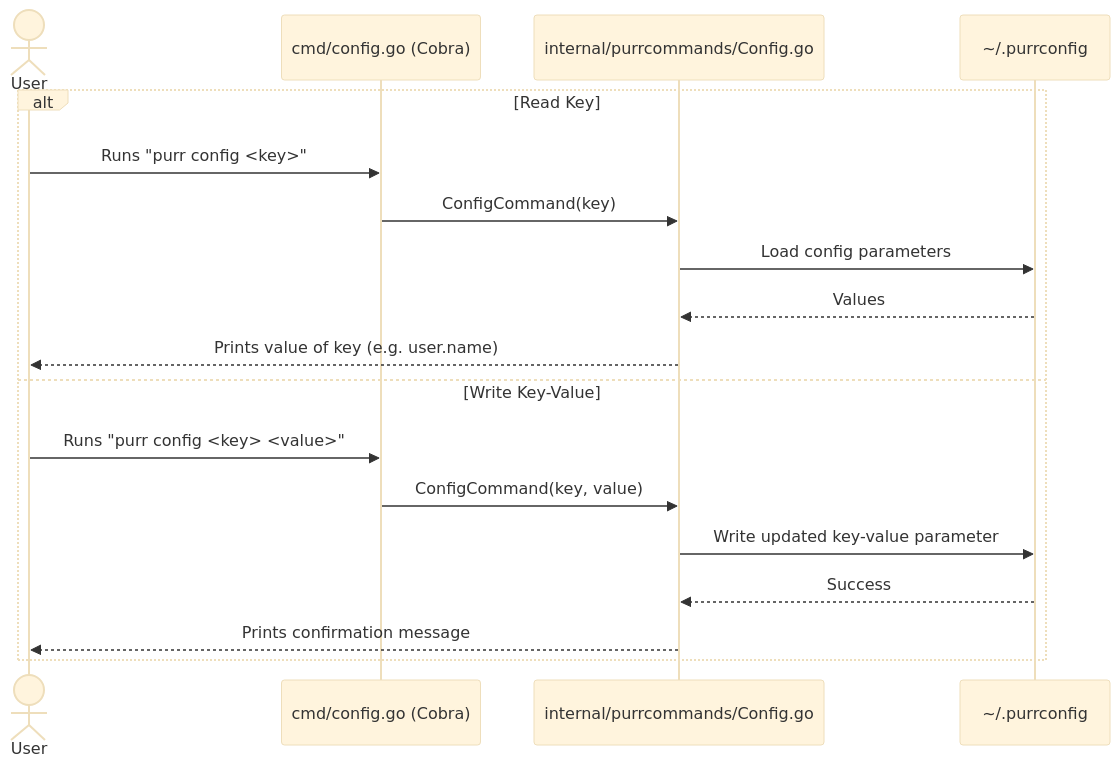
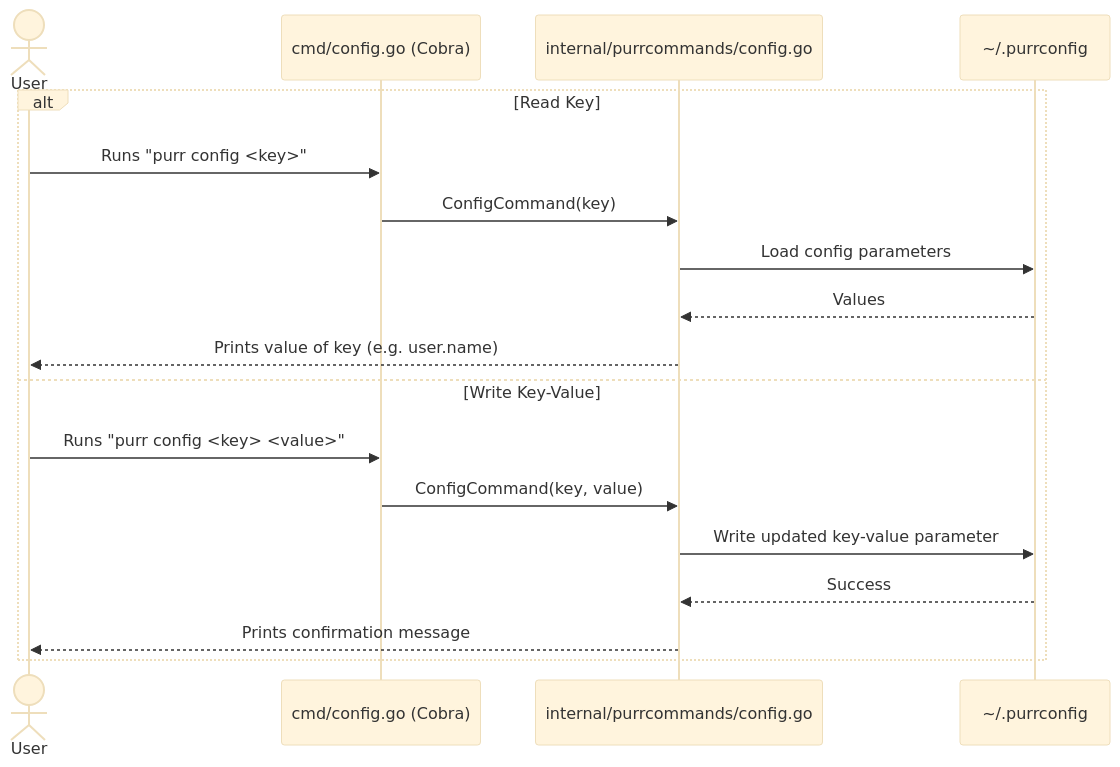
One commit to TheRealShek/persephone changed the fourth of 6 diagrams in Docs/ARCHITECTURE.md. Above: the diagram before and after it, drawn with Mermaid (base theme). The commit also changed other lines of this file and 5 other files, not shown here.

````diff
--- a/Docs/ARCHITECTURE.md
+++ b/Docs/ARCHITECTURE.md
@@ -336,21 +227,21 @@
 ```mermaid
 sequenceDiagram
     actor User
     participant CLI as cmd/config.go (Cobra)
-    participant Core as internal/purrcommands/Config.go
+    participant Core as internal/purrcommands/config.go
     participant OS as ~/.purrconfig
 
     alt Read Key
         User->>CLI: Runs "purr config <key>"
         CLI->>Core: ConfigCommand(key)
         Core->>OS: Load config parameters
         OS-->>Core: Values
         Core-->>User: Prints value of key (e.g. user.name)
     else Write Key-Value
         User->>CLI: Runs "purr config <key> <value>"
         CLI->>Core: ConfigCommand(key, value)
         Core->>OS: Write updated key-value parameter
         OS-->>Core: Success
         Core-->>User: Prints confirmation message
     end
 ```
````
